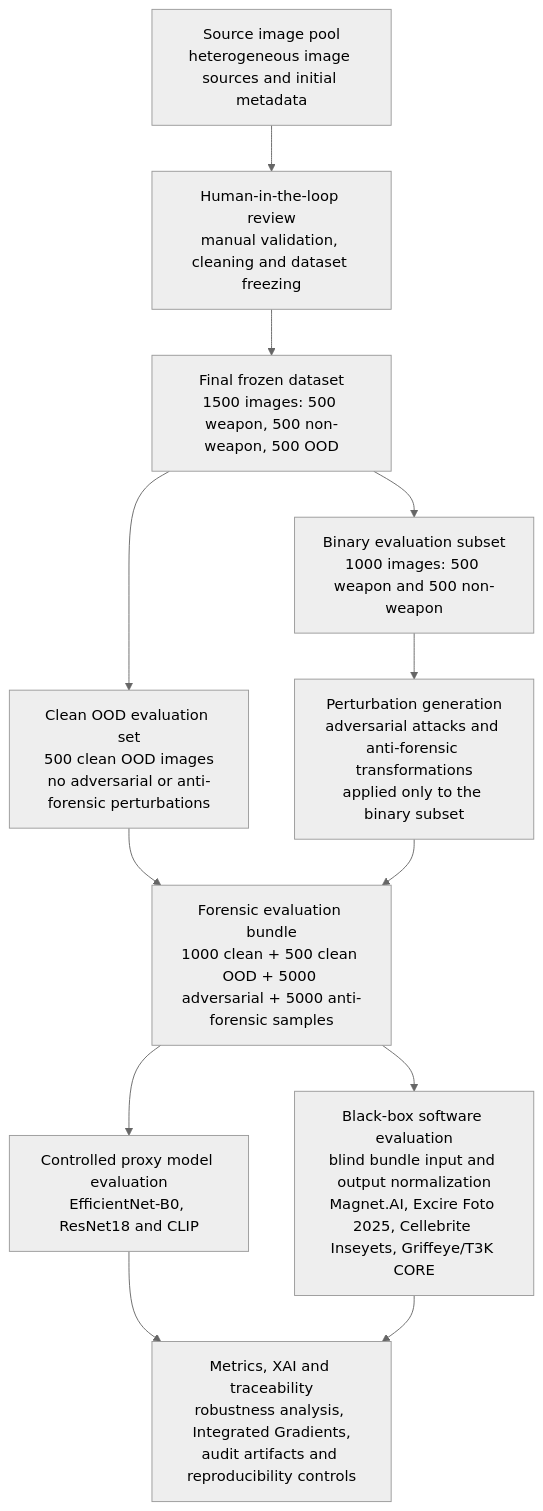
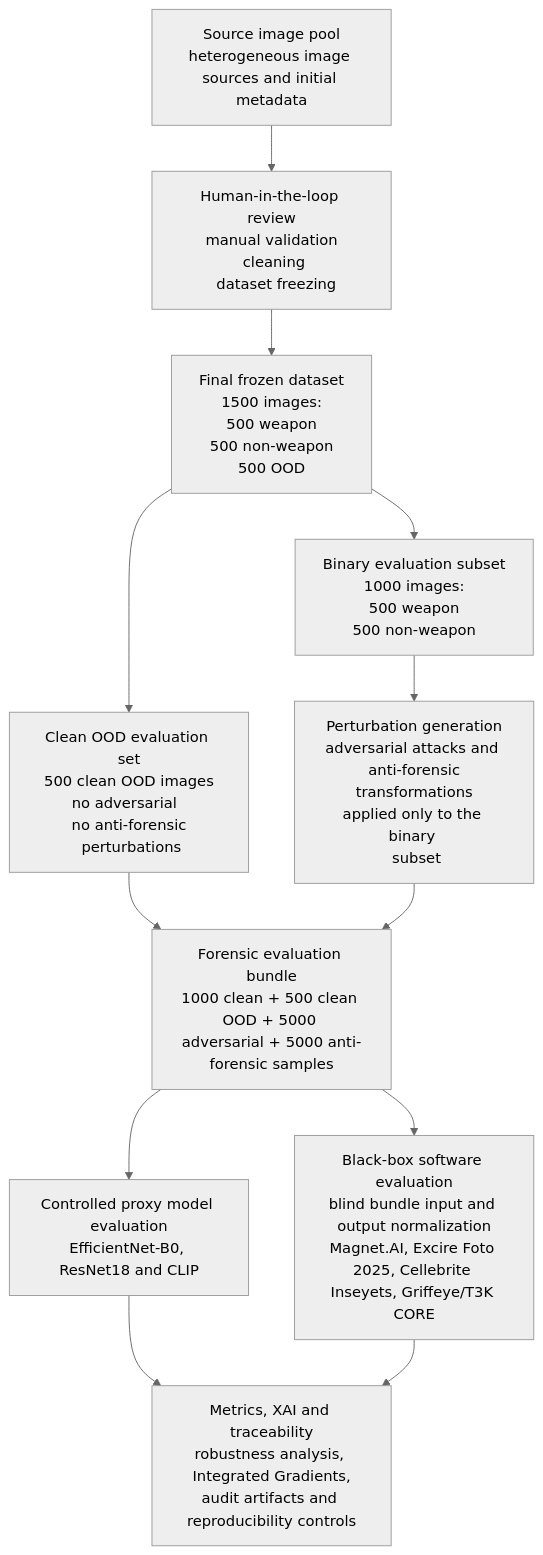
The third of 3 diagrams in README.md (lmolinario/msc-thesis-ai-robustness-in-digital-forensics), drawn with Mermaid (neutral theme) before and after one commit.

````diff
--- a/README.md
+++ b/README.md
@@ -123,35 +123,35 @@
 ```mermaid
 flowchart TD
     A[Source image pool<br/>heterogeneous image sources and initial metadata]
-    B[Human-in-the-loop review<br/>manual validation, cleaning and dataset freezing]
-    C[Final frozen dataset<br/>1500 images: 500 weapon, 500 non-weapon, 500 OOD]
+    B[Human-in-the-loop review<br/>manual validation<br/>  cleaning <br/>  dataset freezing]
+    C[Final frozen dataset<br/>1500 images:<br/> 500 weapon<br/> 500 non-weapon<br/> 500 OOD]
 
-    D[Binary evaluation subset<br/>1000 images: 500 weapon and 500 non-weapon]
-    E[Clean OOD evaluation set<br/>500 clean OOD images<br/>no adversarial or anti-forensic perturbations]
+    D[Binary evaluation subset<br/>1000 images:<br/> 500 weapon<br/> 500 non-weapon]
+    E[Clean OOD evaluation set<br/>500 clean OOD images<br/>no adversarial  <br/> no anti-forensic <br/> perturbations]
 
-    F[Perturbation generation<br/>adversarial attacks and anti-forensic transformations<br/>applied only to the binary subset]
+    F[Perturbation generation<br/>adversarial attacks and <br/> anti-forensic transformations<br/>applied only to the binary <br/> subset]
 
     G[Forensic evaluation bundle<br/>1000 clean + 500 clean OOD + 5000 adversarial + 5000 anti-forensic samples]
 
     H[Controlled proxy model evaluation<br/>EfficientNet-B0, ResNet18 and CLIP]
     I[Black-box software evaluation<br/>blind bundle input and output normalization<br/>Magnet.AI, Excire Foto 2025, Cellebrite Inseyets, Griffeye/T3K CORE]
 
     J[Metrics, XAI and traceability<br/>robustness analysis, Integrated Gradients,<br/>audit artifacts and reproducibility controls]
 
     A --> B
     B --> C
 
     C --> D
     C --> E
 
     D --> F
 
     E --> G
     F --> G
 
     G --> H
     G --> I
 
     H --> J
     I --> J
 ```
````
